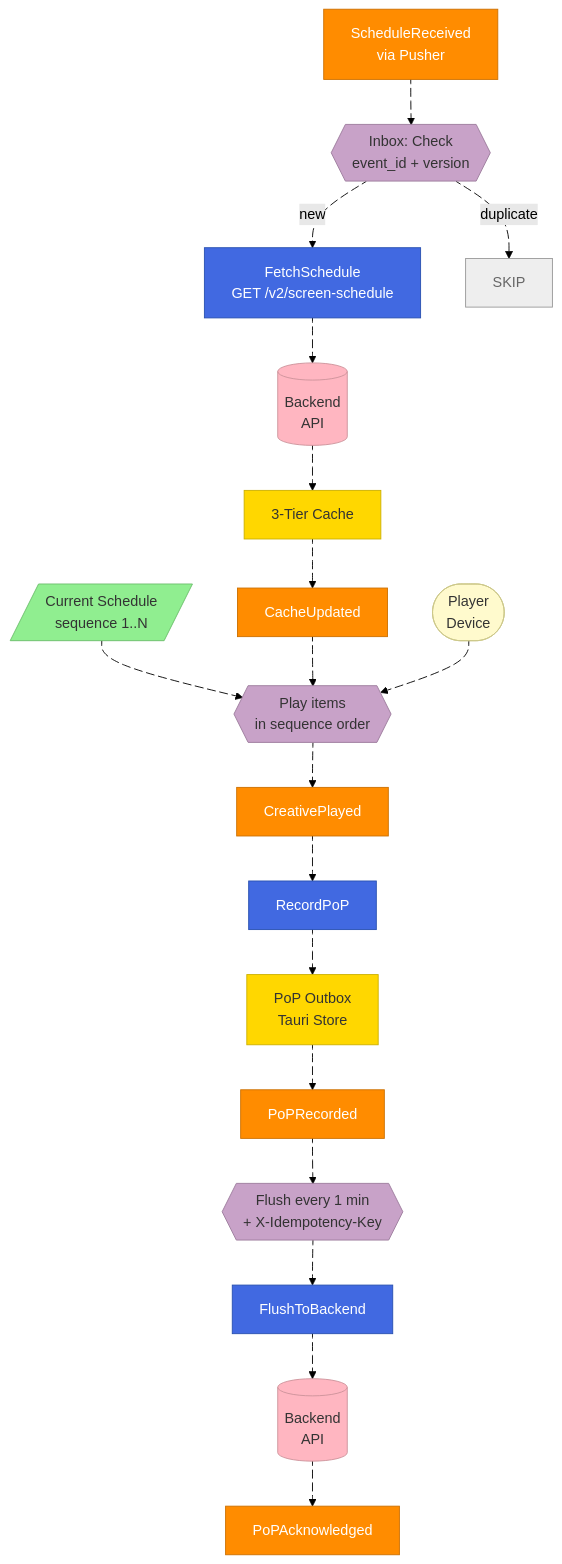
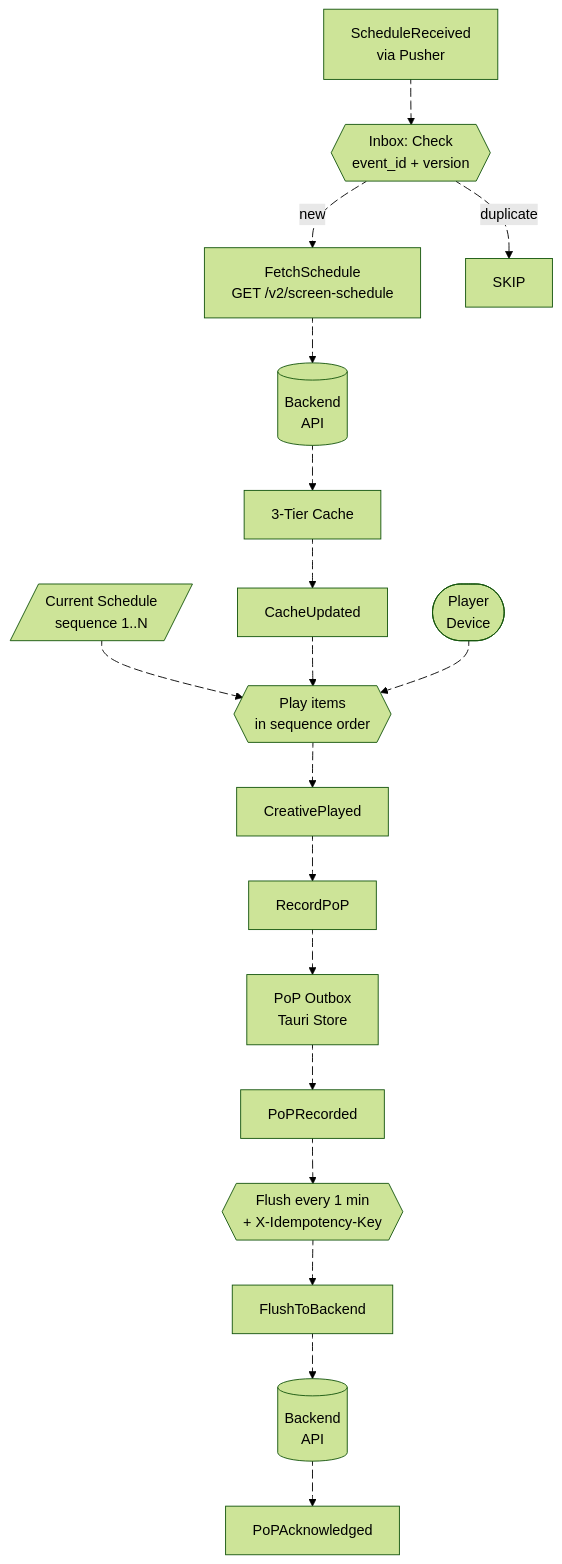
Before and after one commit to wasikarn/jira-generator: the diagram in scripts/diagrams/10-2-process-normal-play.mmd, drawn with Mermaid (forest theme). The commit also changed 8 other files, not shown here.

First line of the commit message:
refactor: remove custom color styling from all Event Storming diagrams

```diff
--- a/scripts/diagrams/10-2-process-normal-play.mmd
+++ b/scripts/diagrams/10-2-process-normal-play.mmd
@@ -1,88 +1,56 @@
 flowchart TD
     A_PLAYER(["Player<br/>Device"])
     E_RECEIVED["ScheduleReceived<br/>via Pusher"]
     POL_DEDUP{{"Inbox: Check<br/>event_id + version"}}
     C_FETCH["FetchSchedule<br/>GET /v2/screen-schedule"]
     EXT_API[("Backend<br/>API")]
     AGG_CACHE["3-Tier Cache"]
     E_CACHED["CacheUpdated"]
     RM_SCHEDULE[/"Current Schedule<br/>sequence 1..N"/]
     POL_PLAY{{"Play items<br/>in sequence order"}}
     E_PLAYED["CreativePlayed"]
     C_RECORD["RecordPoP"]
     AGG_OUTBOX["PoP Outbox<br/>Tauri Store"]
     E_POP["PoPRecorded"]
     POL_FLUSH{{"Flush every 1 min<br/>+ X-Idempotency-Key"}}
     C_FLUSH["FlushToBackend"]
     EXT_API2[("Backend<br/>API")]
     E_ACKED["PoPAcknowledged"]
 
     E_RECEIVED e3@--> POL_DEDUP
     POL_DEDUP e4@-->|"new"| C_FETCH
     POL_DEDUP e5@-->|"duplicate"| SKIP["SKIP"]
     C_FETCH e1@--> EXT_API
     EXT_API e6@--> AGG_CACHE
     AGG_CACHE e7@--> E_CACHED
     RM_SCHEDULE e8@-.-> POL_PLAY
     E_CACHED e9@--> POL_PLAY
     A_PLAYER e10@-.-> POL_PLAY
     POL_PLAY e11@--> E_PLAYED
     E_PLAYED e12@--> C_RECORD
     C_RECORD e13@--> AGG_OUTBOX
     AGG_OUTBOX e14@--> E_POP
     E_POP e15@--> POL_FLUSH
     POL_FLUSH e16@--> C_FLUSH
     C_FLUSH e2@--> EXT_API2
     EXT_API2 e17@--> E_ACKED
 
-    %% Events - Orange
-    style E_RECEIVED fill:#FF8C00,stroke:#CC7000,color:#fff
-    style E_CACHED fill:#FF8C00,stroke:#CC7000,color:#fff
-    style E_PLAYED fill:#FF8C00,stroke:#CC7000,color:#fff
-    style E_POP fill:#FF8C00,stroke:#CC7000,color:#fff
-    style E_ACKED fill:#FF8C00,stroke:#CC7000,color:#fff
-
-    %% Commands - Blue
-    style C_FETCH fill:#4169E1,stroke:#2850B0,color:#fff
-    style C_RECORD fill:#4169E1,stroke:#2850B0,color:#fff
-    style C_FLUSH fill:#4169E1,stroke:#2850B0,color:#fff
-
-    %% Aggregates - Yellow
-    style AGG_CACHE fill:#FFD700,stroke:#CCB000,color:#333
-    style AGG_OUTBOX fill:#FFD700,stroke:#CCB000,color:#333
-
-    %% Policies - Lilac
-    style POL_DEDUP fill:#C8A2C8,stroke:#9B7A9B,color:#333
-    style POL_PLAY fill:#C8A2C8,stroke:#9B7A9B,color:#333
-    style POL_FLUSH fill:#C8A2C8,stroke:#9B7A9B,color:#333
-
-    %% Actor - Light Yellow
-    style A_PLAYER fill:#FFFACD,stroke:#CCC88A,color:#333
-
-    %% Read Model - Green
-    style RM_SCHEDULE fill:#90EE90,stroke:#6BBE6B,color:#333
-
-    %% External - Pink
-    style EXT_API fill:#FFB6C1,stroke:#CC929A,color:#333
-    style EXT_API2 fill:#FFB6C1,stroke:#CC929A,color:#333
-
     e1@{ animation: slow }
     e2@{ animation: slow }
     e3@{ animation: fast }
     e4@{ animation: fast }
     e5@{ animation: fast }
     e6@{ animation: fast }
     e7@{ animation: fast }
     e8@{ animation: fast }
     e9@{ animation: fast }
     e10@{ animation: fast }
     e11@{ animation: fast }
     e12@{ animation: fast }
     e13@{ animation: fast }
     e14@{ animation: fast }
     e15@{ animation: fast }
     e16@{ animation: fast }
     e17@{ animation: slow }
 
     %% Skip
-    style SKIP fill:#eee,stroke:#999,color:#666
```
